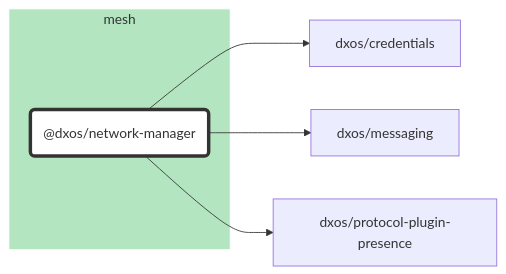
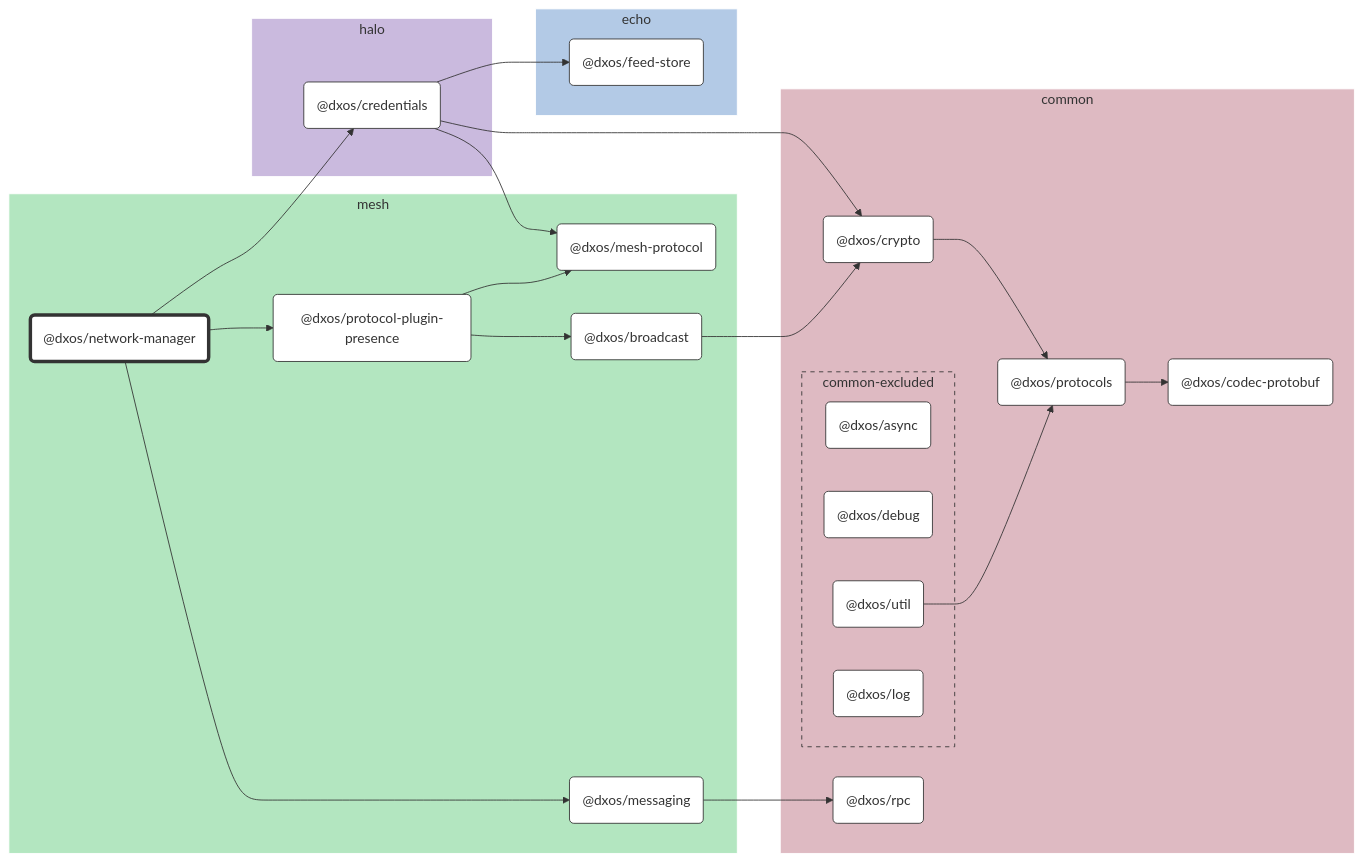
Before and after one commit to dxos/dxos: the diagram in packages/mesh/network-manager/docs/README.md, drawn with Mermaid. The commit also changed 65 other files, not shown here.

````diff
--- a/packages/mesh/network-manager/docs/README.md
+++ b/packages/mesh/network-manager/docs/README.md
@@ -7,23 +7,77 @@
 ```mermaid
 %%{ init: {'flowchart':{'curve':'basis'}} }%%
 
 flowchart LR
 
 %% Classes
 classDef def fill:#fff,stroke:#333,stroke-width:1px
 classDef root fill:#fff,stroke:#333,stroke-width:4px
 
 %% Nodes
 
 subgraph mesh [mesh]
   style mesh fill:#b3e6c0,stroke:#fff
   dxos/network-manager("@dxos/network-manager"):::root
   click dxos/network-manager "dxos/dxos/tree/main/packages/mesh/network-manager/docs"
+  dxos/mesh-protocol("@dxos/mesh-protocol"):::def
+  click dxos/mesh-protocol "dxos/dxos/tree/main/packages/mesh/mesh-protocol/docs"
+  dxos/messaging("@dxos/messaging"):::def
+  click dxos/messaging "dxos/dxos/tree/main/packages/mesh/messaging/docs"
+  dxos/protocol-plugin-presence("@dxos/protocol-plugin-presence"):::def
+  click dxos/protocol-plugin-presence "dxos/dxos/tree/main/packages/mesh/protocol-plugin-presence/docs"
+  dxos/broadcast("@dxos/broadcast"):::def
+  click dxos/broadcast "dxos/dxos/tree/main/packages/mesh/broadcast/docs"
+end
+
+subgraph common [common]
+  style common fill:#debac2,stroke:#fff
+  dxos/codec-protobuf("@dxos/codec-protobuf"):::def
+  click dxos/codec-protobuf "dxos/dxos/tree/main/packages/common/codec-protobuf/docs"
+  dxos/crypto("@dxos/crypto"):::def
+  click dxos/crypto "dxos/dxos/tree/main/packages/common/crypto/docs"
+  dxos/protocols("@dxos/protocols"):::def
+  click dxos/protocols "dxos/dxos/tree/main/packages/common/protocols/docs"
+  dxos/rpc("@dxos/rpc"):::def
+  click dxos/rpc "dxos/dxos/tree/main/packages/common/rpc/docs"
+
+  subgraph common-excluded [common-excluded]
+    style common-excluded fill:#debac2,stroke:#333,stroke-dasharray:5 5
+    dxos/async("@dxos/async"):::def
+    click dxos/async "dxos/dxos/tree/main/packages/common/async/docs"
+    dxos/debug("@dxos/debug"):::def
+    click dxos/debug "dxos/dxos/tree/main/packages/common/debug/docs"
+    dxos/util("@dxos/util"):::def
+    click dxos/util "dxos/dxos/tree/main/packages/common/util/docs"
+    dxos/log("@dxos/log"):::def
+    click dxos/log "dxos/dxos/tree/main/packages/common/log/docs"
+  end
+end
+
+subgraph halo [halo]
+  style halo fill:#cabade,stroke:#fff
+  dxos/credentials("@dxos/credentials"):::def
+  click dxos/credentials "dxos/dxos/tree/main/packages/halo/credentials/docs"
+end
+
+subgraph echo [echo]
+  style echo fill:#b3cae6,stroke:#fff
+  dxos/feed-store("@dxos/feed-store"):::def
+  click dxos/feed-store "dxos/dxos/tree/main/packages/echo/feed-store/docs"
 end
 
 %% Links
 linkStyle default stroke:#333,stroke-width:1px
 dxos/network-manager --> dxos/credentials
+dxos/credentials --> dxos/crypto
+dxos/crypto --> dxos/protocols
+dxos/protocols --> dxos/codec-protobuf
+dxos/credentials --> dxos/feed-store
+dxos/util --> dxos/protocols
+dxos/credentials --> dxos/mesh-protocol
 dxos/network-manager --> dxos/messaging
+dxos/messaging --> dxos/rpc
 dxos/network-manager --> dxos/protocol-plugin-presence
+dxos/protocol-plugin-presence --> dxos/broadcast
+dxos/broadcast --> dxos/crypto
+dxos/protocol-plugin-presence --> dxos/mesh-protocol
 ```
````
